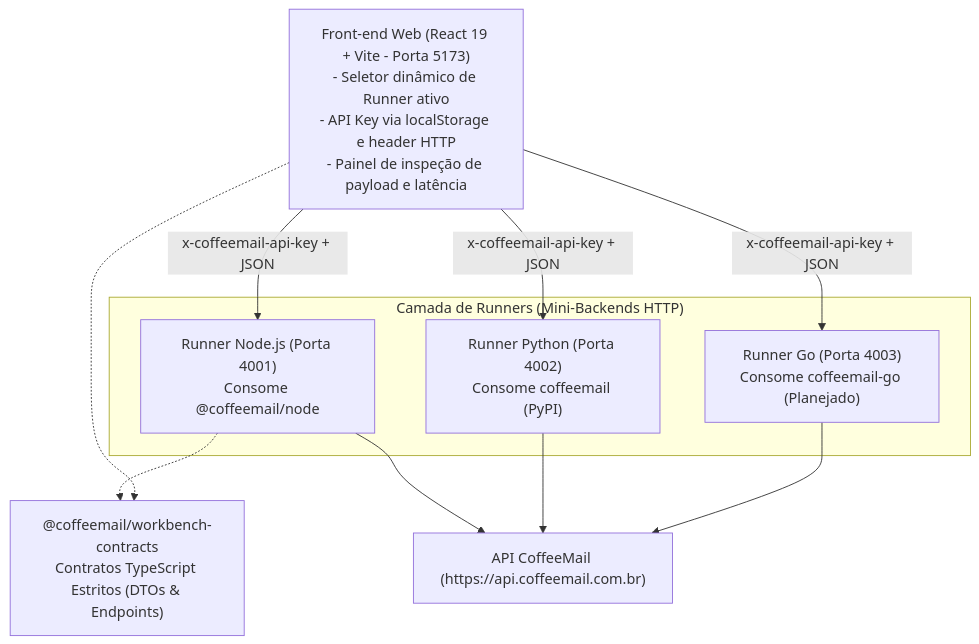
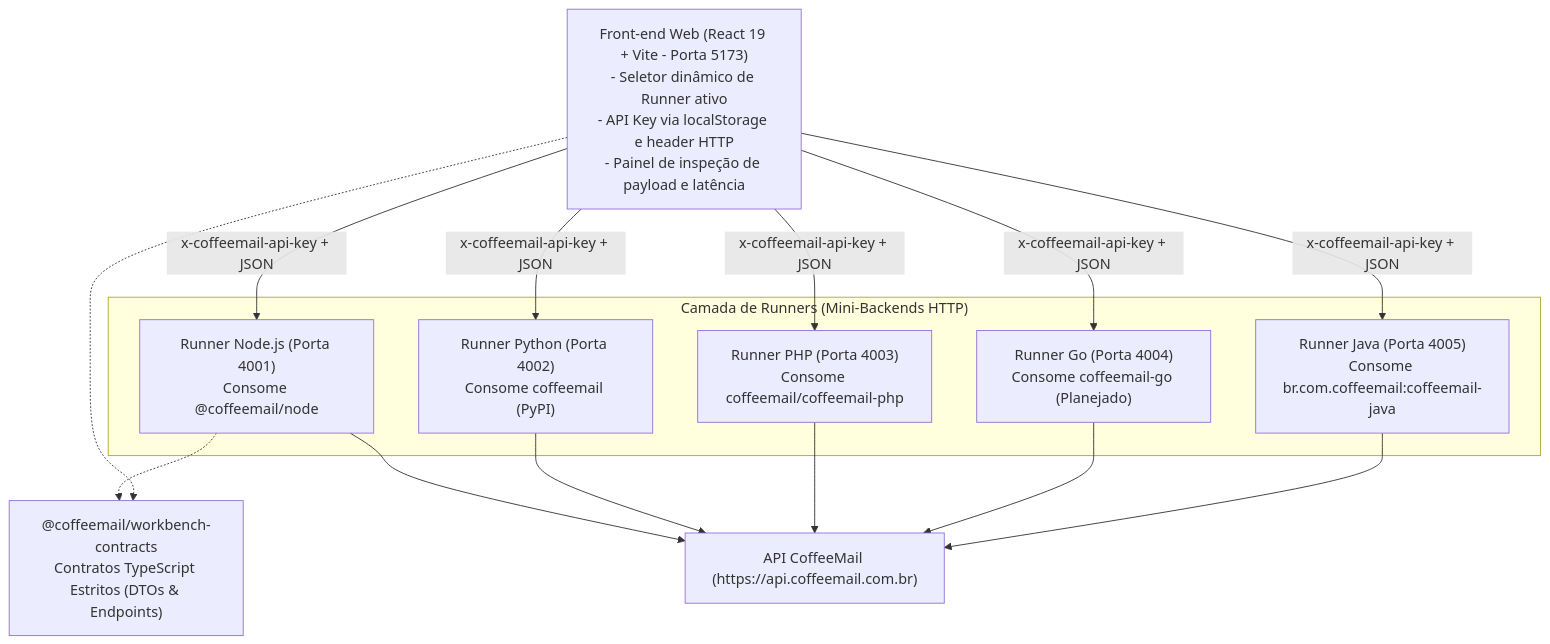
One commit to Coffee-Mail/coffee-mail-sdk-workbench changed the diagram in README.md. Above: the diagram before and after it, drawn with Mermaid. The commit also changed other lines of this file and 4 other files, not shown here.

First line of the commit message:
chore(workbench): registra o runner Java na UI, nos scripts e no contrato

````diff
--- a/README.md
+++ b/README.md
@@ -35,23 +35,29 @@
 ```mermaid
 flowchart TD
     Front["Front-end Web (React 19 + Vite - Porta 5173)\n- Seletor dinâmico de Runner ativo\n- API Key via localStorage e header HTTP\n- Painel de inspeção de payload e latência"]
     
     subgraph Runners ["Camada de Runners (Mini-Backends HTTP)"]
         RunnerNode["Runner Node.js (Porta 4001)\nConsome @coffeemail/node"]
         RunnerPython["Runner Python (Porta 4002)\nConsome coffeemail (PyPI)"]
-        RunnerGo["Runner Go (Porta 4003)\nConsome coffeemail-go (Planejado)"]
+        RunnerPhp["Runner PHP (Porta 4003)\nConsome coffeemail/coffeemail-php"]
+        RunnerGo["Runner Go (Porta 4004)\nConsome coffeemail-go (Planejado)"]
+        RunnerJava["Runner Java (Porta 4005)\nConsome br.com.coffeemail:coffeemail-java"]
     end
     
     Contracts["@coffeemail/workbench-contracts\nContratos TypeScript Estritos (DTOs & Endpoints)"]
     
     Front -->|"x-coffeemail-api-key + JSON"| RunnerNode
     Front -->|"x-coffeemail-api-key + JSON"| RunnerPython
+    Front -->|"x-coffeemail-api-key + JSON"| RunnerPhp
     Front -->|"x-coffeemail-api-key + JSON"| RunnerGo
+    Front -->|"x-coffeemail-api-key + JSON"| RunnerJava
     
     RunnerNode -.-> Contracts
     Front -.-> Contracts
     
     RunnerNode --> CoffeeMailAPI["API CoffeeMail (https://api.coffeemail.com.br)"]
     RunnerPython --> CoffeeMailAPI
+    RunnerPhp --> CoffeeMailAPI
     RunnerGo --> CoffeeMailAPI
+    RunnerJava --> CoffeeMailAPI
 ```
````
